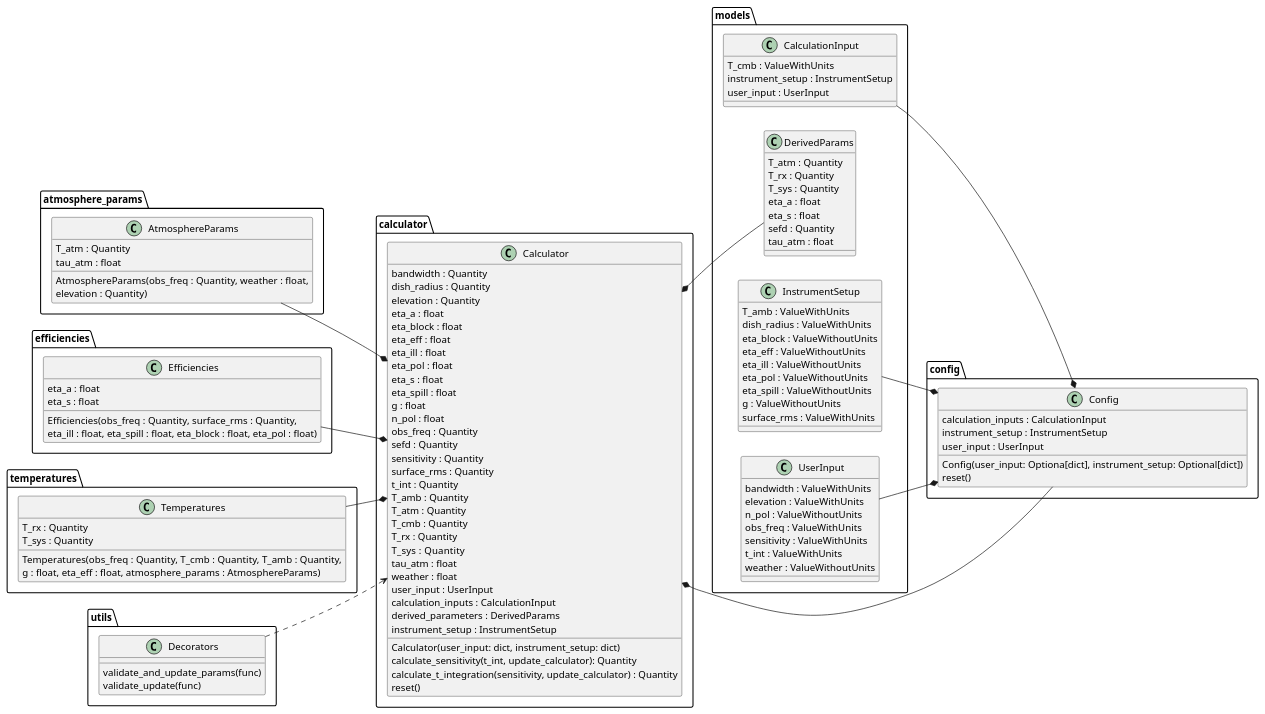
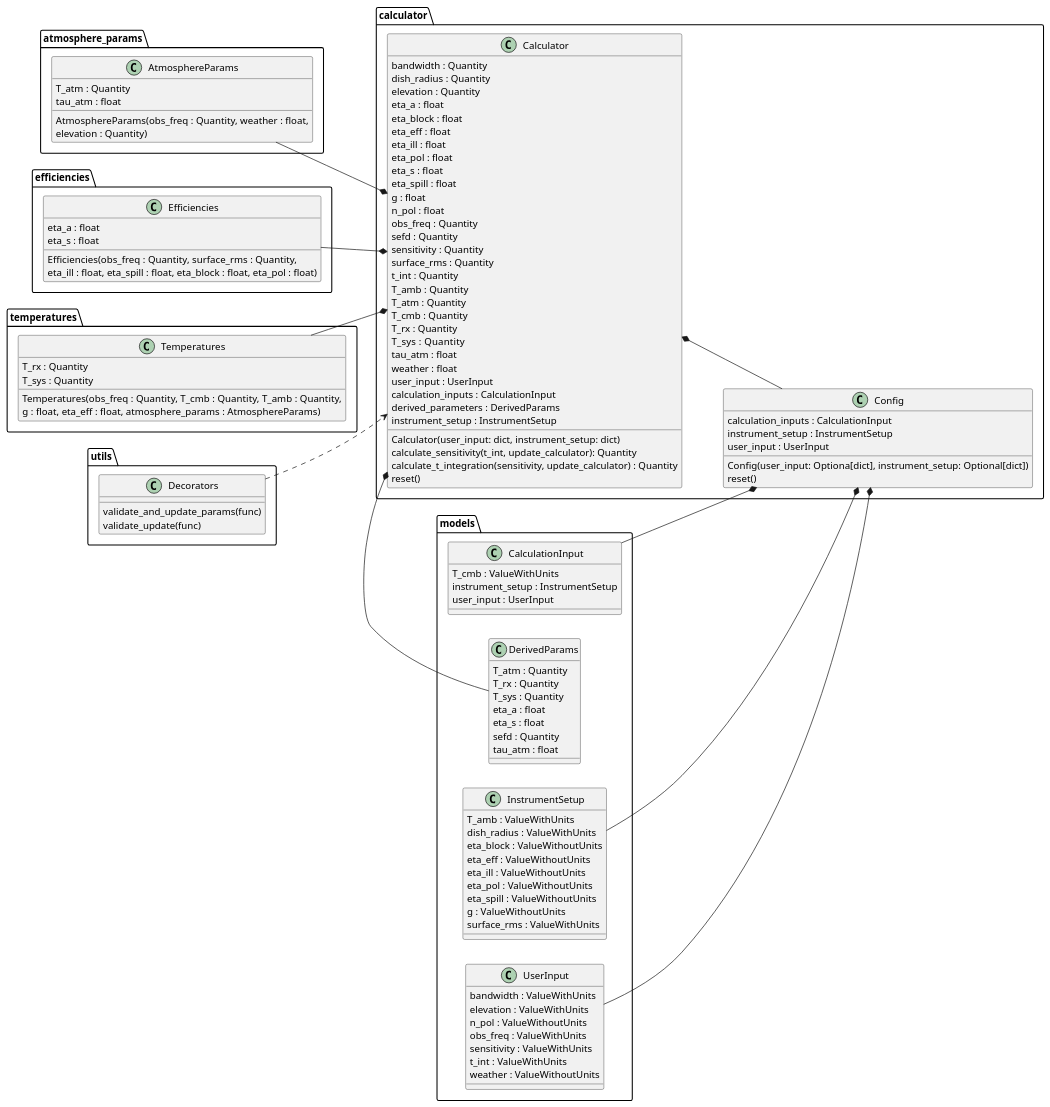
One commit to ukatc/AtLAST_sensitivity_calculator changed the diagram in docs/source/code_docs/calculator_uml.rst. Above: the diagram before and after it, drawn with PlantUML. The commit also changed 1 other file, not shown here.

Commit message:
Move Config into calculator module

```diff
--- a/docs/source/code_docs/calculator_uml.rst
+++ b/docs/source/code_docs/calculator_uml.rst
@@ -53,7 +53,7 @@
       calculate_t_integration(sensitivity, update_calculator) : Quantity
       reset()
     }
-    class "Config" as config.Config {
+    class "Config" as calculator.Config {
       calculation_inputs : CalculationInput
       instrument_setup : InstrumentSetup
       user_input : UserInput
@@ -109,9 +109,9 @@
     temperatures.Temperatures --* calculator.Calculator
     atmosphere_params.AtmosphereParams --* calculator.Calculator
     utils.Decorators ..> calculator.Calculator
-    models.CalculationInput --* config.Config
-    models.InstrumentSetup --* config.Config
-    models.UserInput --* config.Config
+    models.CalculationInput --* calculator.Config
+    models.InstrumentSetup --* calculator.Config
+    models.UserInput --* calculator.Config
     calculator.Calculator *-- models.DerivedParams
-    calculator.Calculator *-- config.Config
+    calculator.Calculator *-- calculator.Config
     @enduml
```
